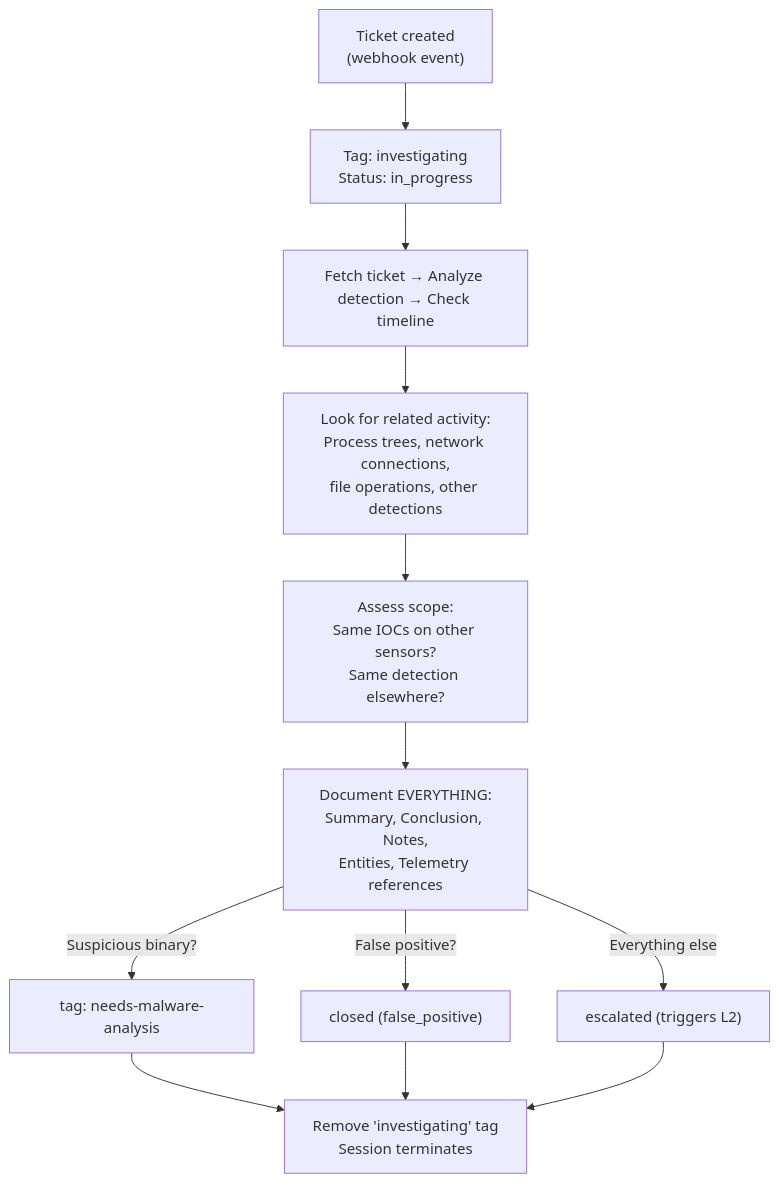
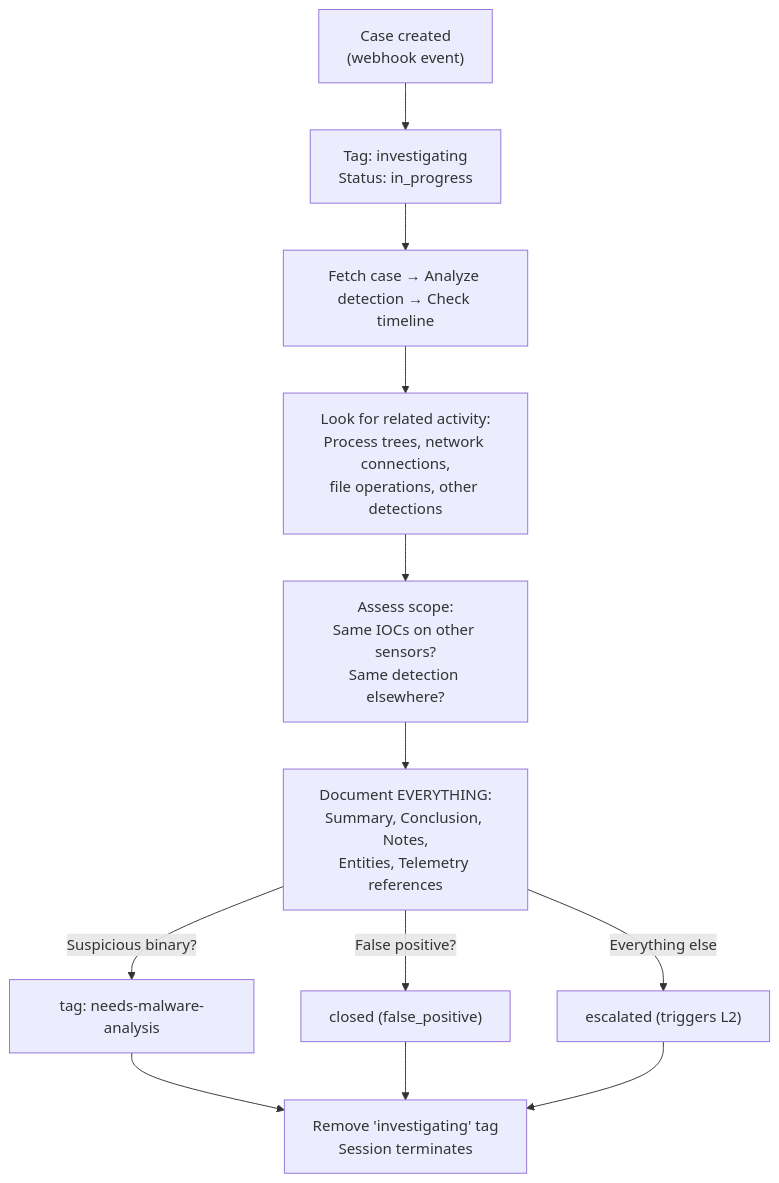
One commit to refractionPOINT/lc-ai changed the diagram in lc-soc/tiered-soc/l1-investigator/README.md. Above: the diagram before and after it, drawn with Mermaid. The commit also changed other lines of this file and 74 other files, not shown here.

First line of the commit message:
Rename ticket→case in AI agent configs

````diff
--- a/lc-soc/tiered-soc/l1-investigator/README.md
+++ b/lc-soc/tiered-soc/l1-investigator/README.md
@@ -7,14 +7,14 @@
 ```mermaid
 flowchart TD
-    trigger["Ticket created<br/>(webhook event)"] --> tag["Tag: investigating<br/>Status: in_progress"]
-    tag --> fetch["Fetch ticket → Analyze detection → Check timeline"]
+    trigger["Case created<br/>(webhook event)"] --> tag["Tag: investigating<br/>Status: in_progress"]
+    tag --> fetch["Fetch case → Analyze detection → Check timeline"]
     fetch --> related["Look for related activity:<br/>Process trees, network connections,<br/>file operations, other detections"]
     related --> scope["Assess scope:<br/>Same IOCs on other sensors?<br/>Same detection elsewhere?"]
     scope --> doc["Document EVERYTHING:<br/>Summary, Conclusion, Notes,<br/>Entities, Telemetry references"]
     doc -->|Suspicious binary?| malware["tag: needs-malware-analysis"]
     doc -->|False positive?| closed["closed (false_positive)"]
     doc -->|Everything else| escalated["escalated (triggers L2)"]
     malware --> cleanup["Remove 'investigating' tag<br/>Session terminates"]
     closed --> cleanup
     escalated --> cleanup
 ```
````
